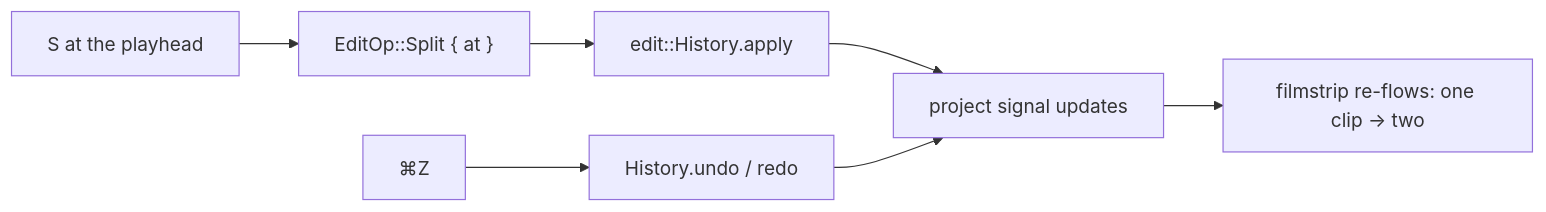
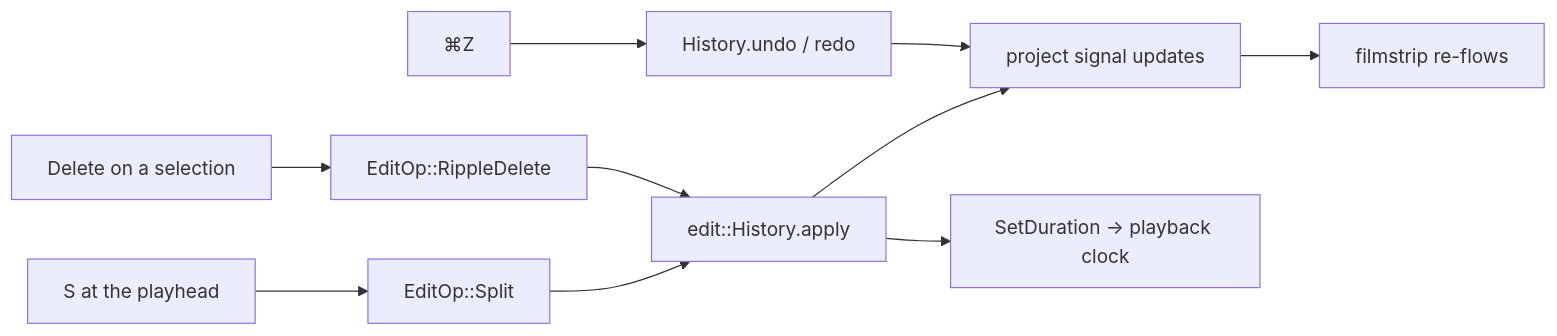
Before and after one commit to eng-manager-xyz/Screen: the diagram in _docs/book/src/editor/chunks/ed11-editing.md, drawn with Mermaid. The commit also changed other lines of this file and 7 other files, not shown here.

First line of the commit message:
feat(app-ui,app,playback): ED.11 — ripple-delete + clock sync (AUT-346)

````diff
--- a/_docs/book/src/editor/chunks/ed11-editing.md
+++ b/_docs/book/src/editor/chunks/ed11-editing.md
@@ -9,8 +11,11 @@
 ```mermaid
 flowchart LR
-  K["S at the playhead"] --> OP["EditOp::Split { at }"]
+  K["S at the playhead"] --> OP["EditOp::Split"]
+  DEL["Delete on a selection"] --> OP2["EditOp::RippleDelete"]
   OP --> H["edit::History.apply"]
+  OP2 --> H
   H --> SIG["project signal updates"]
-  SIG --> STRIP["filmstrip re-flows: one clip → two"]
+  SIG --> STRIP["filmstrip re-flows"]
+  H --> DUR["SetDuration → playback clock"]
   UNDO["⌘Z"] --> H2["History.undo / redo"] --> SIG
 ```
````
